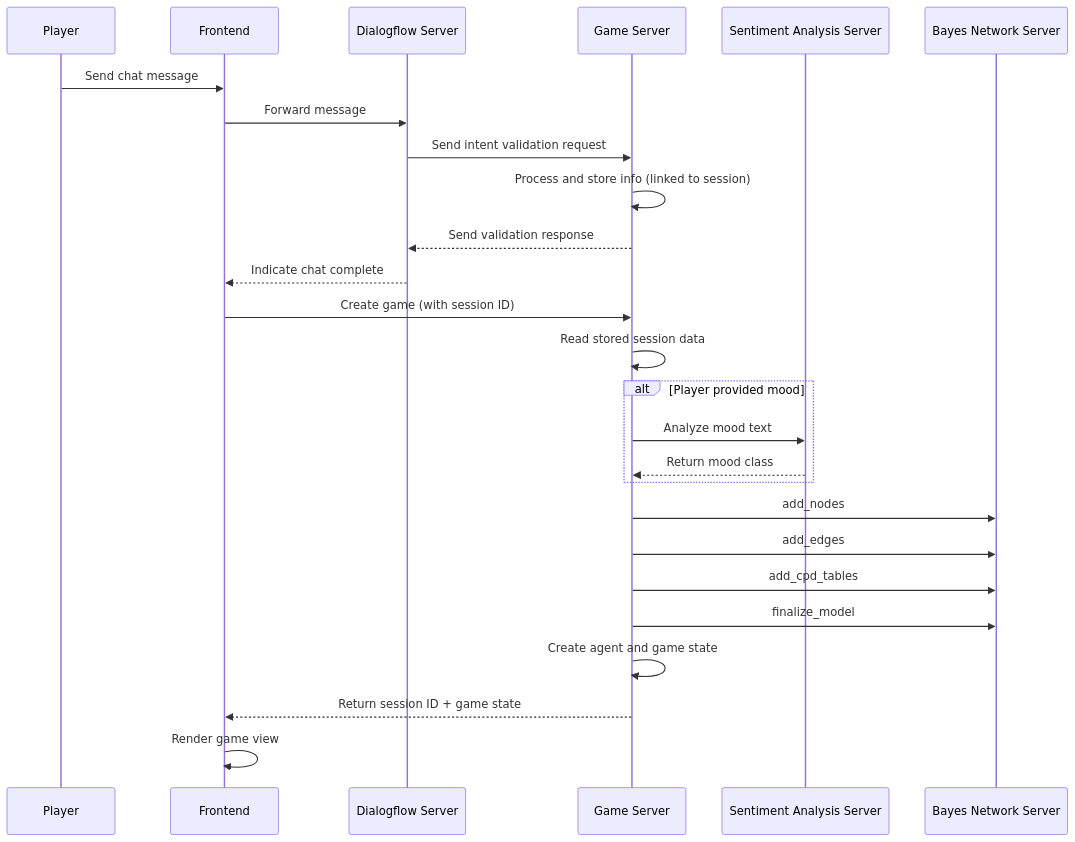
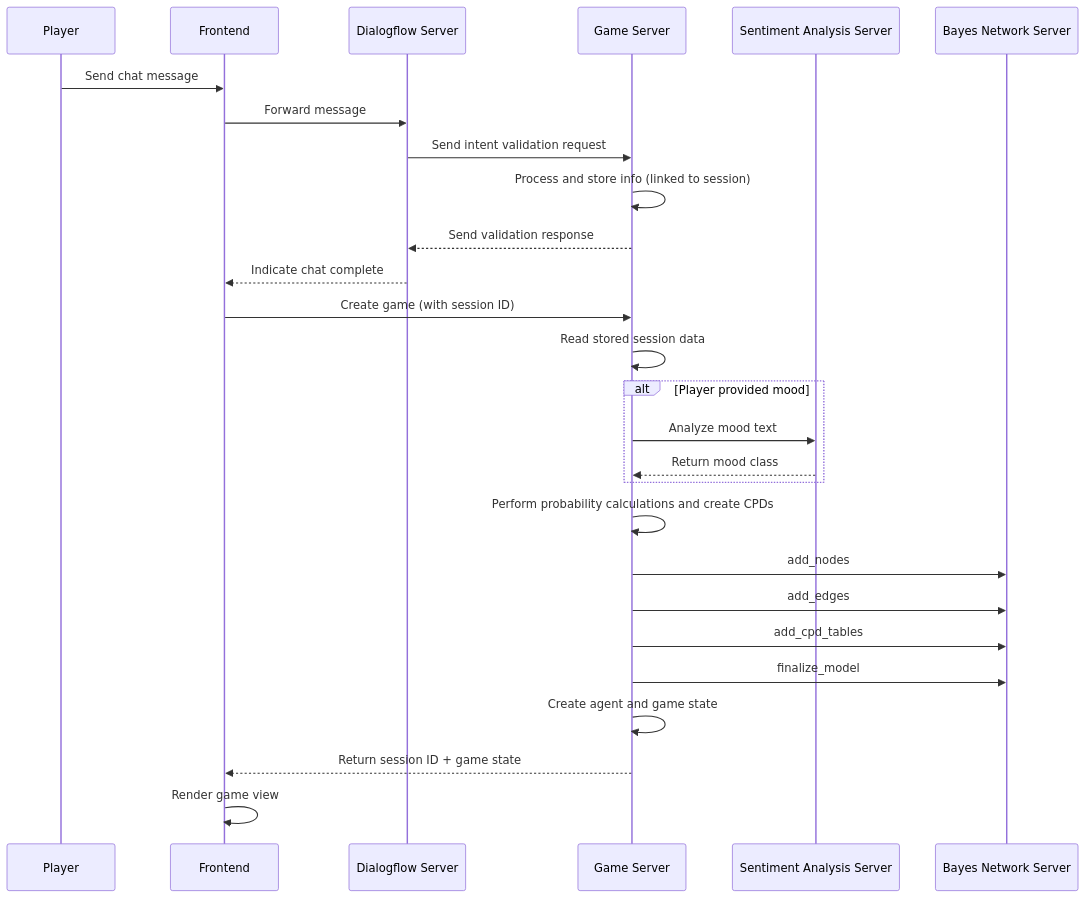
The first of 2 diagrams in docs/deep-lore.md (rchDev/game-of-points), drawn with Mermaid before and after one commit. The commit also changed other lines of this file, not shown here.

````diff
--- a/docs/deep-lore.md
+++ b/docs/deep-lore.md
@@ -16,38 +16,40 @@
 ```mermaid
 sequenceDiagram
     participant Player
     participant Frontend
     participant Dialogflow as Dialogflow Server
     participant GameServer as Game Server
     participant Sentiment as Sentiment Analysis Server
     participant Bayes as Bayes Network Server
 
     %% Chat interaction
     Player ->> Frontend: Send chat message
     Frontend ->> Dialogflow: Forward message
     Dialogflow ->> GameServer: Send intent validation request
     GameServer ->> GameServer: Process and store info (linked to session)
     GameServer -->> Dialogflow: Send validation response
 
     %% Chat continues until end page
     Dialogflow -->> Frontend: Indicate chat complete
 
     %% Game creation
     Frontend ->> GameServer: Create game (with session ID)
     GameServer ->> GameServer: Read stored session data
     alt Player provided mood
         GameServer ->> Sentiment: Analyze mood text
         Sentiment -->> GameServer: Return mood class
     end
+    
+    GameServer ->> GameServer: Perform probability calculations and create CPDs
 
     %% Agent + Bayes Net creation
     GameServer ->> Bayes: add_nodes
     GameServer ->> Bayes: add_edges
     GameServer ->> Bayes: add_cpd_tables
     GameServer ->> Bayes: finalize_model
 
     GameServer ->> GameServer: Create agent and game state
     GameServer -->> Frontend: Return session ID + game state
     Frontend ->> Frontend: Render game view
 
 ```
````
